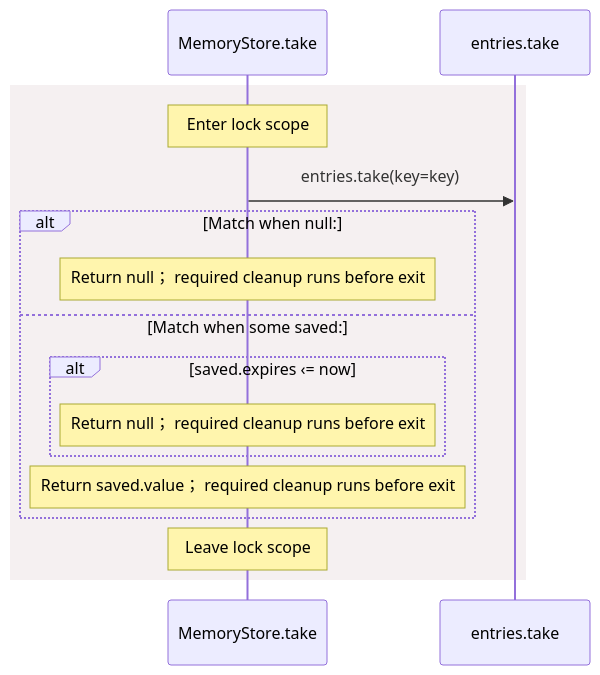
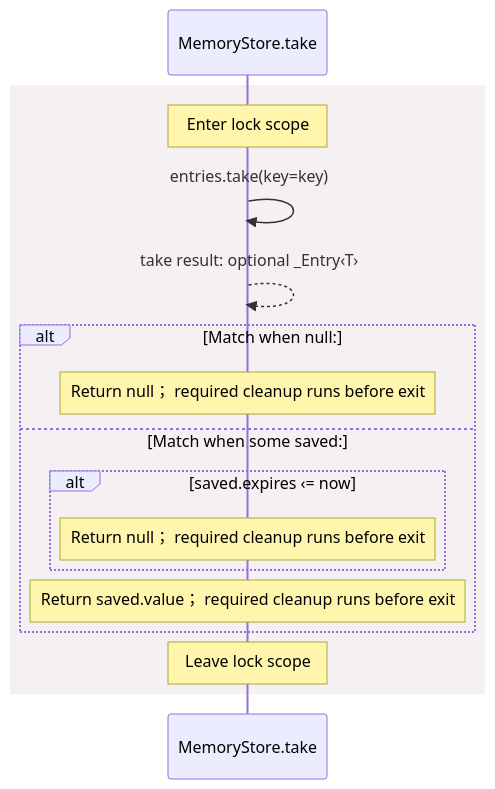
Before and after one commit to GreenPandaStudios/augscript: the fourth of 5 diagrams in docs/examples/oidc-login/dependencies/packages/@git/url_0eb7c89453c87681ed15/0.0.0-git.a39fc582565d4fca40be4f75fa304d71adc69301/store-diagrams.md, drawn with Mermaid. The commit also changed other lines of this file and 304 other files, not shown here.

Commit message:
Make generated data-flow sequences concise and review every diagram

````diff
--- a/docs/examples/oidc-login/dependencies/packages/@git/url_0eb7c89453c87681ed15/0.0.0-git.a39fc582565d4fca40be4f75fa304d71adc69301/store-diagrams.md
+++ b/docs/examples/oidc-login/dependencies/packages/@git/url_0eb7c89453c87681ed15/0.0.0-git.a39fc582565d4fca40be4f75fa304d71adc69301/store-diagrams.md
@@ -146,18 +129,19 @@
 ```mermaid
 sequenceDiagram
     participant p0 as MemoryStore.take
-    participant p1 as entries.take
+
     rect rgb(245, 240, 241)
     Note over p0: Enter lock scope
-    p0->>p1: entries.take(key=key)
+    p0->>p0: entries.take(key=key)
+    p0-->>p0: take result: optional _Entry‹T›
     alt Match when null:
     Note over p0: Return null； required cleanup runs before exit
     else Match when some saved:
     alt saved.expires ‹= now
     Note over p0: Return null； required cleanup runs before exit
     end
     Note over p0: Return saved.value； required cleanup runs before exit
     end
     Note over p0: Leave lock scope
     end
 ```
````
